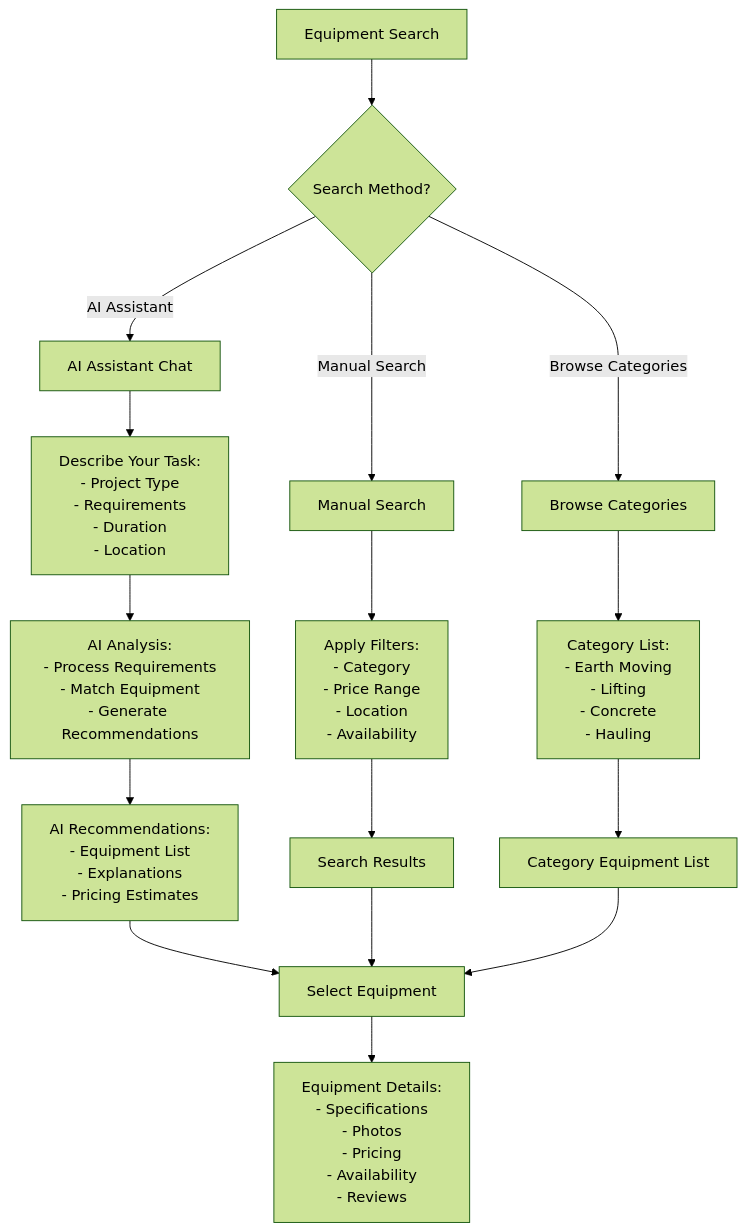
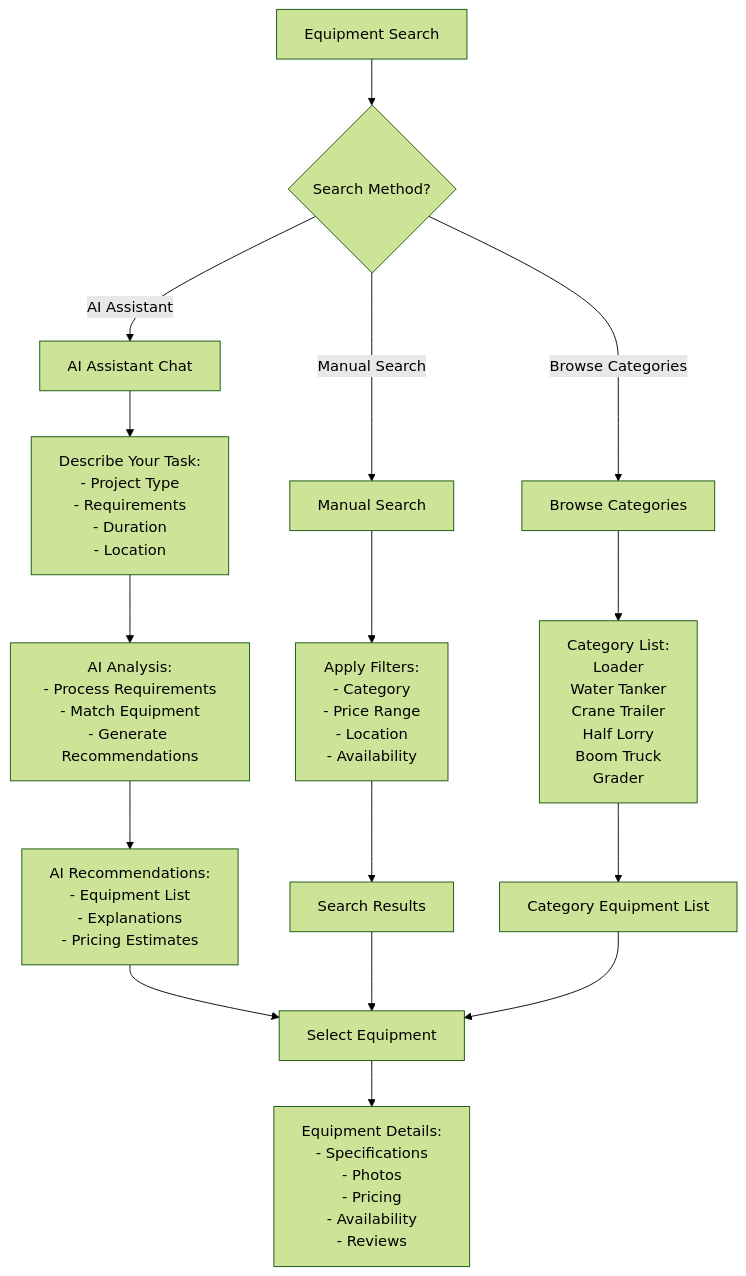
One commit to engaotb/YARDR changed the third of 15 diagrams in 04_User_Experience_Flows.md. Above: the diagram before and after it, drawn with Mermaid (forest theme). The commit also changed other lines of this file, not shown here.

First line of the commit message:
Update flowcharts with actual MVP details

````diff
--- a/04_User_Experience_Flows.md
+++ b/04_User_Experience_Flows.md
@@ -123,24 +125,24 @@
 ```mermaid
 flowchart TD
     EquipmentSearch[Equipment Search] --> SearchMethod{Search Method?}
     
     SearchMethod -->|AI Assistant| AIAssistant[AI Assistant Chat]
     SearchMethod -->|Manual Search| ManualSearch[Manual Search]
     SearchMethod -->|Browse Categories| CategoryBrowse[Browse Categories]
     
     AIAssistant --> DescribeTask[Describe Your Task:<br/>- Project Type<br/>- Requirements<br/>- Duration<br/>- Location]
     DescribeTask --> AIAnalysis[AI Analysis:<br/>- Process Requirements<br/>- Match Equipment<br/>- Generate Recommendations]
     AIAnalysis --> AIRecommendations[AI Recommendations:<br/>- Equipment List<br/>- Explanations<br/>- Pricing Estimates]
     
     ManualSearch --> SearchFilters[Apply Filters:<br/>- Category<br/>- Price Range<br/>- Location<br/>- Availability]
     SearchFilters --> SearchResults[Search Results]
     
-    CategoryBrowse --> CategoryList[Category List:<br/>- Earth Moving<br/>- Lifting<br/>- Concrete<br/>- Hauling]
+    CategoryBrowse --> CategoryList[Category List:<br/>Loader<br/>Water Tanker<br/>Crane Trailer<br/>Half Lorry<br/>Boom Truck<br/>Grader]
     CategoryList --> CategoryEquipment[Category Equipment List]
     
     AIRecommendations --> SelectEquipment[Select Equipment]
     SearchResults --> SelectEquipment
     CategoryEquipment --> SelectEquipment
     
     SelectEquipment --> EquipmentDetails[Equipment Details:<br/>- Specifications<br/>- Photos<br/>- Pricing<br/>- Availability<br/>- Reviews]
 ```
````
